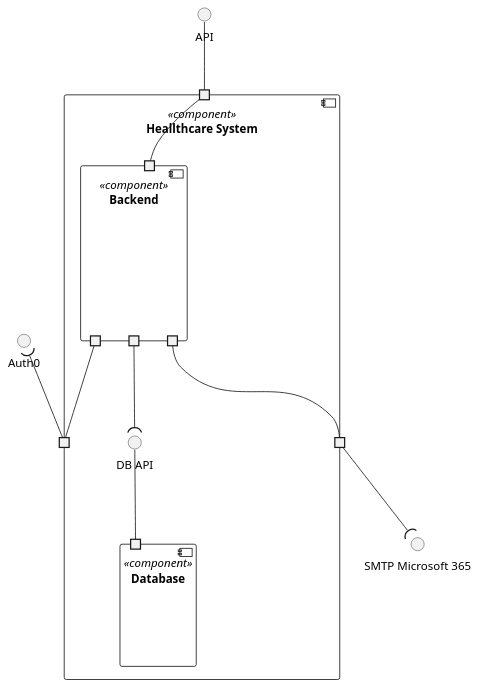
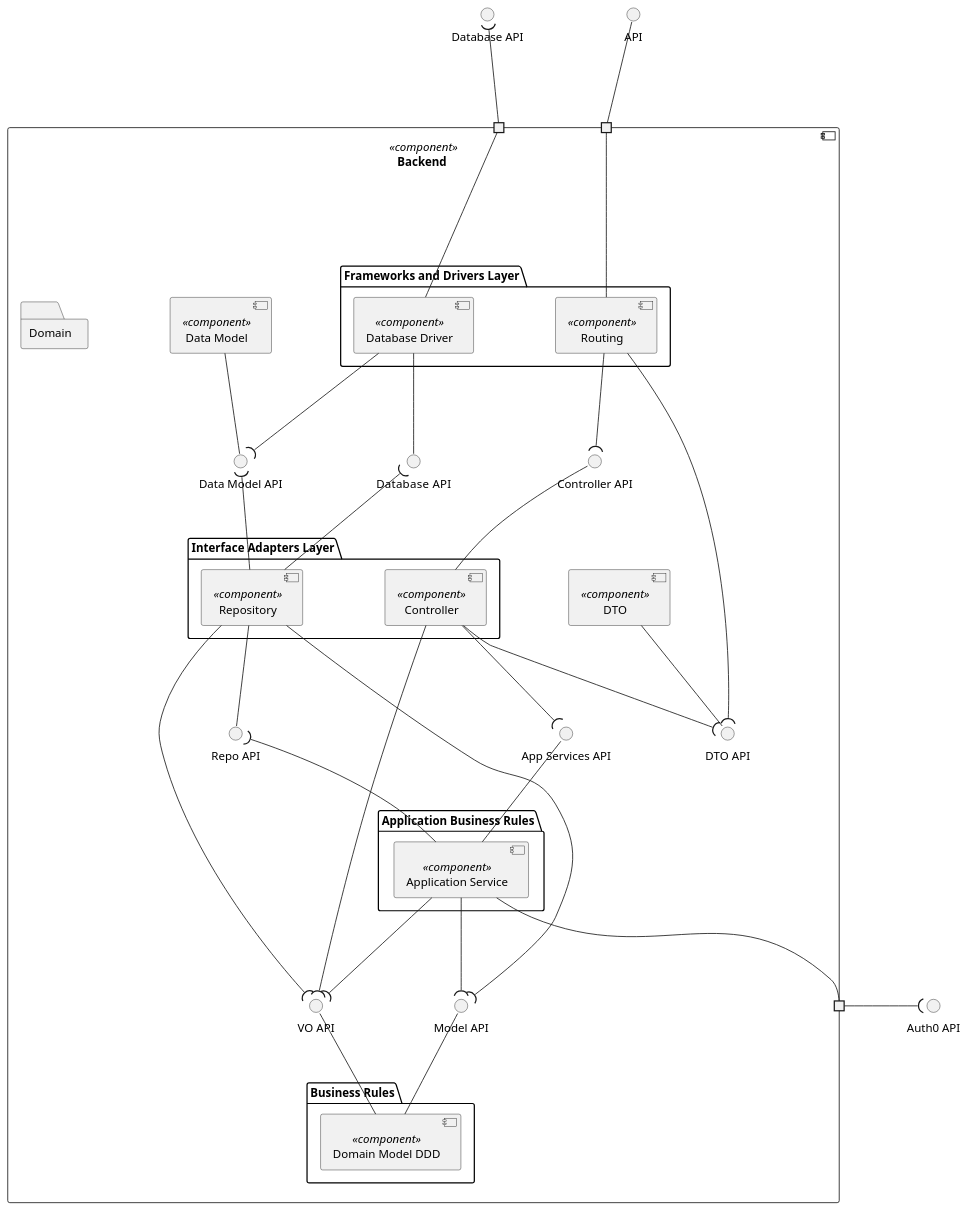
The diagram in docs/LogicViews/Level3/logicViewLevel3.puml (Lapr5G21/sem5pi-24-25-3ddg21), drawn with PlantUML before and after one commit. The commit also changed 13 other files, not shown here.

```diff
--- a/docs/LogicViews/Level3/logicViewLevel3.puml
+++ b/docs/LogicViews/Level3/logicViewLevel3.puml
@@ -1,36 +1,106 @@
-@startuml logical-view
+@startuml logic-view
 top to bottom direction
- 
+
+skinparam nodesep 100
+skinparam ranksep 100
+
 interface "API" as API
-interface "Auth0" as AUTH0
-interface "SMTP Microsoft 365" as SMTP
- 
-component "Heallthcare System" <<component>> {
-  () "DB API" as DBAPI
-  portin " " as PIAPI
-  portout " " as POAUTH0
-  portout " " as POSMTP
- 
-  component "Backend" <<component>> {
-    portin " " as BEPI
-    portout " " as BEPO
-    portout " " as BEPOAUTH0
-    portout " " as BEPOSMTP
+interface "Auth0 API" as A0API
+interface "Database API" as DB_API
+
+component "Backend " as BackendDataManagement <<component>>  {
+  portin " " as P1
+  portin " " as P2
+  portout " " as P3
+
+  Interface "Controller API" as Controller_API
+  Interface "Data Model API" as DataModel_API
+
+  folder "Frameworks and Drivers Layer" {
+    component "Database Driver" as DatabaseDriver <<component>> {
+    }
+    component "Routing" as Routing <<component>> {
+    }
   }
- 
-  component "Database" <<component>> {
-    portin " " as DBPI
+
+  component "DTO" as DTO <<component>> {
   }
- 
+
+  component "Data Model" as DataModel <<component>> {
+  }
+
+  Interface "App Services API" AS ApplicationServiceAPI
+  Interface "Database  API" AS DatabaseDriverAPI
+  Interface "Repo API" AS RepoAPI
+  Interface "DTO API" AS DTOAPI
+  Interface "Model API" AS ModelAPI
+  Interface "VO API" AS VOAPI
+
+  folder "Interface Adapters Layer" {
+    component "Controller" as Controller <<component>> {
+    }
+    component "Repository" as Repository <<component>> {
+    }
+  }
+
+  folder "Application Business Rules" {
+    component "Application Service" as ApplicationService <<component>> {
+    }
+  }
+
+  folder "Business Rules" {
+    component "Domain Model DDD" as DomainModelDDD <<component>> {
+    }
+  }
+
+
+folder "Domain" {
+    component "Services" as DomainModelDDD  {
+    }
+    component "Value Objects" as DomainModelDDD  {
+    }
+    component "Aggregates" as DomainModelDDD  {
+    }
+  }
+
+  
 }
- 
-API -- PIAPI
-POAUTH0 -u-( AUTH0
-BEPO --( DBAPI
-BEPOAUTH0 -- POAUTH0
-BEPI -- PIAPI
-POSMTP --( SMTP
-BEPOSMTP -- POSMTP
-DBAPI -- DBPI
- 
+
+API -- P1
+P2 -u-( DB_API
+P3 --r-( A0API
+
+Routing --- P1
+Routing --( Controller_API
+Routing --( DTOAPI
+
+DatabaseDriver -- DatabaseDriverAPI
+DatabaseDriver -- P2
+DatabaseDriver --( DataModel_API 
+
+Repository -- RepoAPI
+Repository -u-( DatabaseDriverAPI 
+Repository -u-( DataModel_API 
+Repository --( VOAPI
+Repository ---( ModelAPI 
+
+DataModel -- DataModel_API 
+
+Controller --( ApplicationServiceAPI
+Controller -u- Controller_API
+Controller --( DTOAPI
+Controller --( VOAPI
+
+ApplicationService -u- ApplicationServiceAPI
+ApplicationService -- P3
+ApplicationService --( VOAPI
+ApplicationService -u-( RepoAPI 
+ApplicationService --( ModelAPI 
+
+DTO -- DTOAPI
+
+DomainModelDDD -u- ModelAPI 
+DomainModelDDD -u- VOAPI
+
+
 @enduml
```
